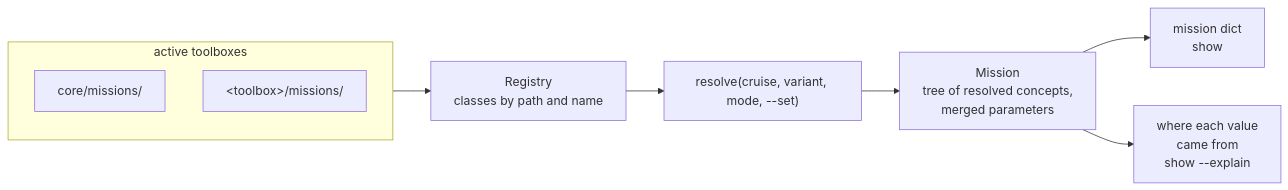
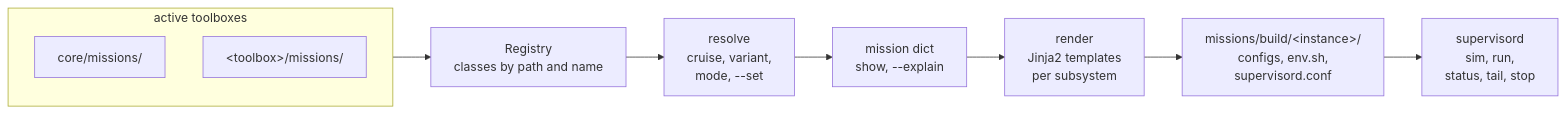
The diagram in docs/missions/index.md (GobySoft/lamss3), drawn with Mermaid before and after one commit. The commit also changed other lines of this file and 5 other files, not shown here.

````diff
--- a/docs/missions/index.md
+++ b/docs/missions/index.md
@@ -7,12 +7,13 @@
 ```mermaid
 flowchart LR
   subgraph toolboxes [active toolboxes]
     core[core/missions/]
     other[&lt;toolbox&gt;/missions/]
   end
   toolboxes --> registry[Registry<br/>classes by path and name]
-  registry --> resolve["resolve(cruise, variant, mode, --set)"]
-  resolve --> mission[Mission<br/>tree of resolved concepts,<br/>merged parameters]
-  mission --> dict[mission dict<br/>show]
-  mission --> explain[where each value<br/>came from<br/>show --explain]
+  registry --> resolve["resolve<br/>cruise, variant,<br/>mode, --set"]
+  resolve --> mission[mission dict<br/>show, --explain]
+  mission --> render[render<br/>Jinja2 templates<br/>per subsystem]
+  render --> build["missions/build/&lt;instance&gt;/<br/>configs, env.sh,<br/>supervisord.conf"]
+  build --> sup[supervisord<br/>sim, run,<br/>status, tail, stop]
 ```
````
